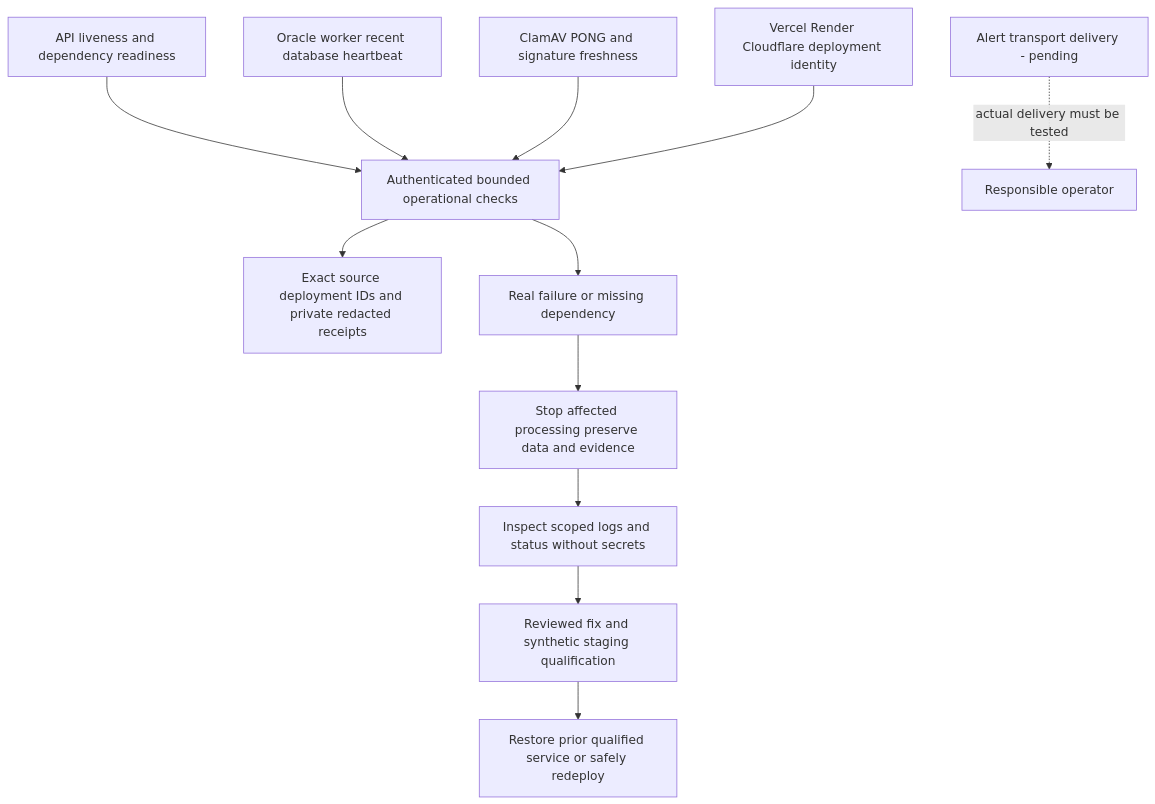
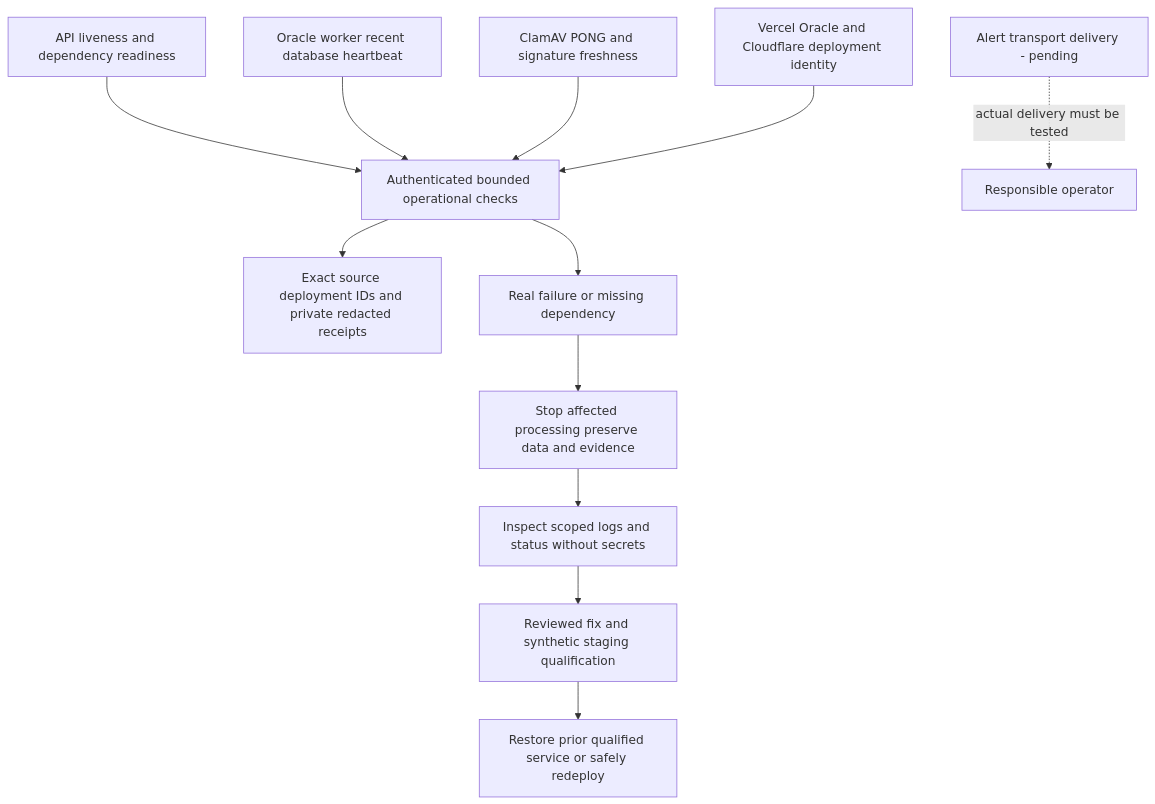
The diagram in docs/diagrams/operations-current.mmd (DruHustle/onesa-ai-platform), drawn with Mermaid before and after one commit. The commit also changed 10 other files, not shown here.

```diff
--- a/docs/diagrams/operations-current.mmd
+++ b/docs/diagrams/operations-current.mmd
@@ -1,12 +1,12 @@
 flowchart TB
 APIs[API liveness and dependency readiness] --> Checks[Authenticated bounded operational checks]
 Worker[Oracle worker recent database heartbeat] --> Checks
 Scan[ClamAV PONG and signature freshness] --> Checks
-Providers[Vercel Render Cloudflare deployment identity] --> Checks
+Providers[Vercel Oracle and Cloudflare deployment identity] --> Checks
 Checks --> Evidence[Exact source deployment IDs and private redacted receipts]
 Checks --> Failure[Real failure or missing dependency]
 Failure --> Contain[Stop affected processing preserve data and evidence]
 Contain --> Diagnose[Inspect scoped logs and status without secrets]
 Diagnose --> Fix[Reviewed fix and synthetic staging qualification]
 Fix --> Restore[Restore prior qualified service or safely redeploy]
 Alerts[Alert transport delivery - pending] -. actual delivery must be tested .-> Owner[Responsible operator]
```
